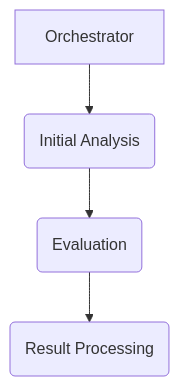
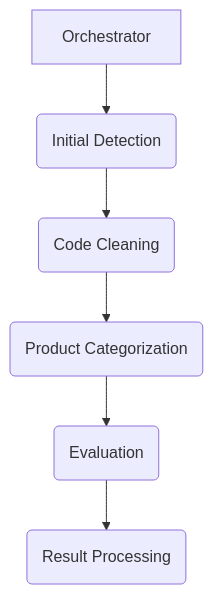
The first of 2 diagrams in docs/TECHNICAL_DESIGN.md (joeshirey/HealthScoringAgent), drawn with Mermaid before and after one commit. The commit also changed other lines of this file and 5 other files, not shown here.

````diff
--- a/docs/TECHNICAL_DESIGN.md
+++ b/docs/TECHNICAL_DESIGN.md
@@ -20,6 +20,8 @@
 ```mermaid
 graph TD
-    A[Orchestrator] --> B(Initial Analysis);
-    B --> C(Evaluation);
-    C --> D(Result Processing);
+    A[Orchestrator] --> B(Initial Detection);
+    B --> C(Code Cleaning);
+    C --> D(Product Categorization);
+    D --> E(Evaluation);
+    E --> F(Result Processing);
 ```
````
